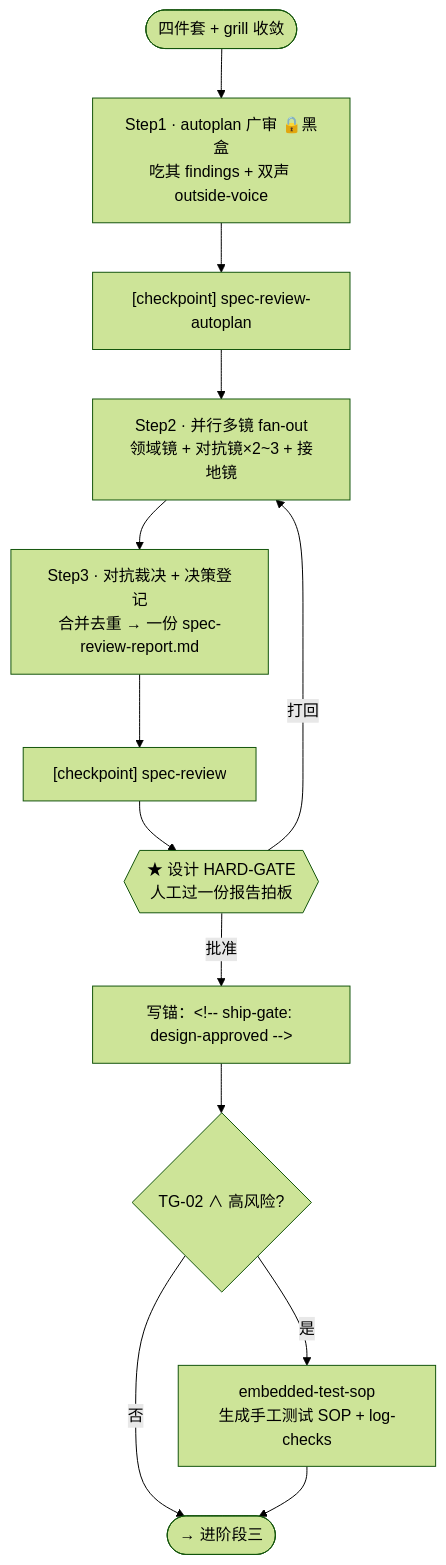
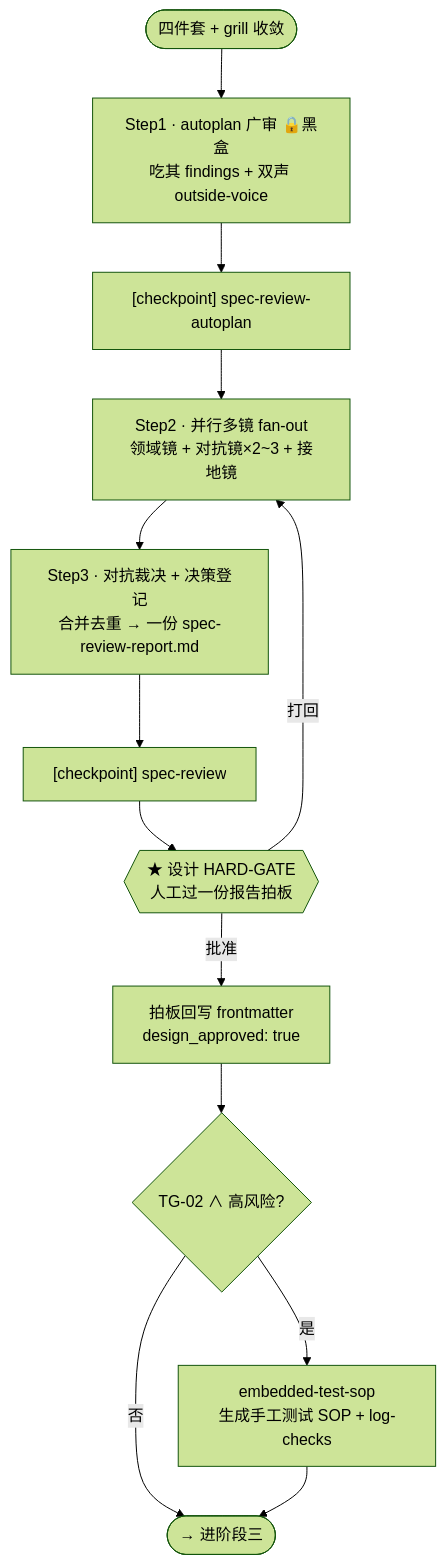
Before and after one commit to laodao-ai/sdflow-skills: the fourth of 8 diagrams in docs/workflow-overview.md, drawn with Mermaid (forest theme). The commit also changed other lines of this file and 5 other files, not shown here.

````diff
--- a/docs/workflow-overview.md
+++ b/docs/workflow-overview.md
@@ -116,15 +117,15 @@
 ```mermaid
 flowchart TD
     IN(["四件套 + grill 收敛"]) --> S1["Step1 · autoplan 广审 🔒黑盒<br/>吃其 findings + 双声 outside-voice"]
     S1 --> CP1["[checkpoint] spec-review-autoplan"]
     CP1 --> S2["Step2 · 并行多镜 fan-out<br/>领域镜 + 对抗镜×2~3 + 接地镜"]
     S2 --> S3["Step3 · 对抗裁决 + 决策登记<br/>合并去重 → 一份 spec-review-report.md"]
     S3 --> CP2["[checkpoint] spec-review"]
     CP2 --> GATE{{"★ 设计 HARD-GATE<br/>人工过一份报告拍板"}}
-    GATE -->|批准| ANCHOR["写锚：&lt;!-- ship-gate: design-approved --&gt;"]
+    GATE -->|批准| FM["拍板回写 frontmatter<br/>design_approved: true"]
     GATE -->|打回| S2
-    ANCHOR --> SOP{"TG-02 ∧ 高风险?"}
+    FM --> SOP{"TG-02 ∧ 高风险?"}
     SOP -->|是| ES["embedded-test-sop<br/>生成手工测试 SOP + log-checks"]
     SOP -->|否| OUT(["→ 进阶段三"])
     ES --> OUT
 ```
````
